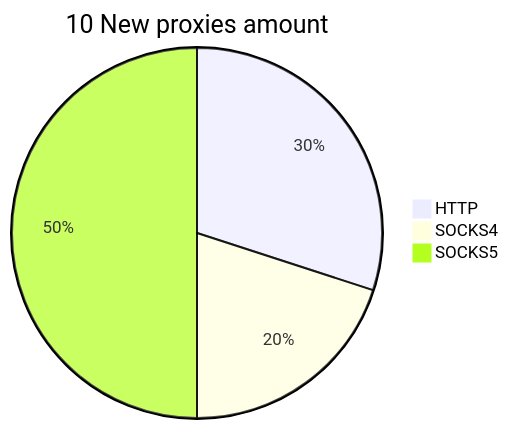
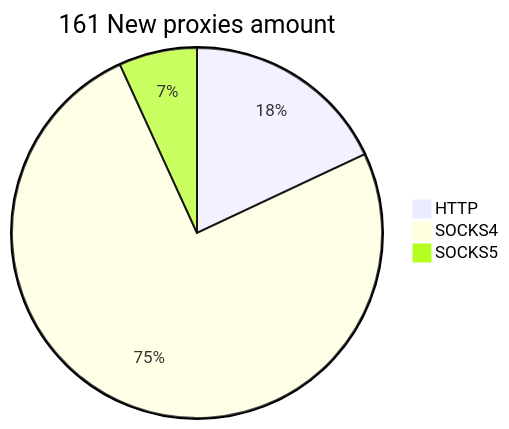
Before and after one commit to cutipu/proxylist: the second of 2 diagrams in README.md, drawn with Mermaid. The commit also changed other lines of this file, not shown here.

````diff
--- a/README.md
+++ b/README.md
@@ -10,6 +10,6 @@
 ```mermaid
-pie title 10 New proxies amount
-    "HTTP" : 3
-    "SOCKS4" : 2
-    "SOCKS5" : 5
+pie title 161 New proxies amount
+    "HTTP" : 29
+    "SOCKS4" : 121
+    "SOCKS5" : 11
 ```
````
